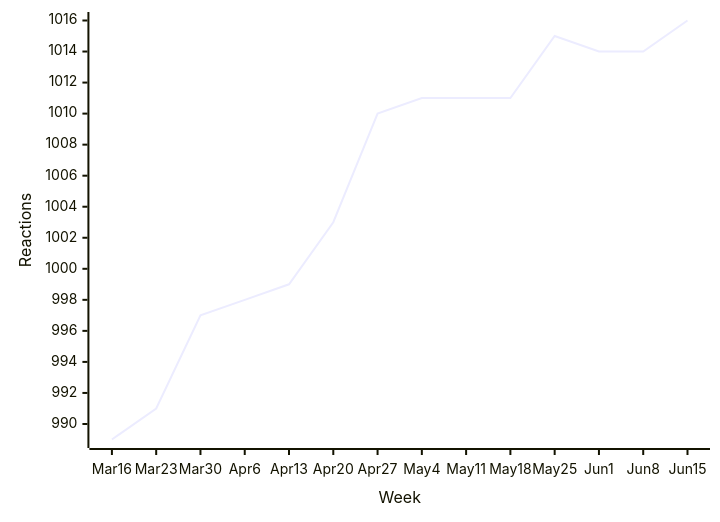
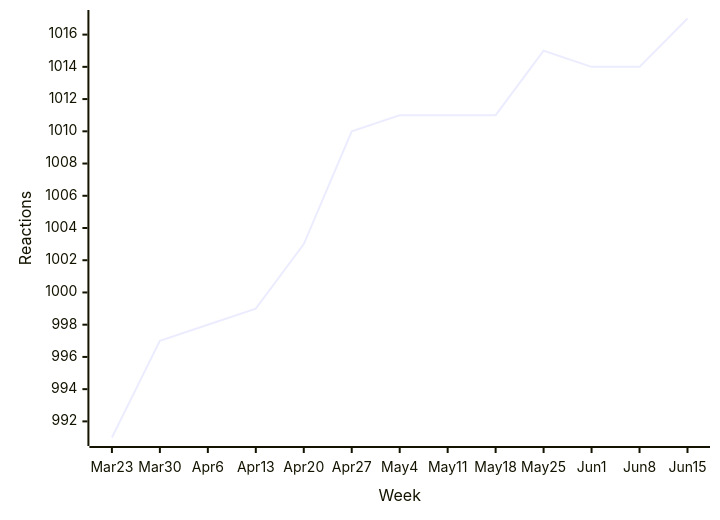
One commit to loic-sharma/github-insights changed the fourth of 49 diagrams in README.md. Above: the diagram before and after it, drawn with Mermaid. The commit also changed other lines of this file and 3 other files, not shown here.

````diff
--- a/README.md
+++ b/README.md
@@ -390,6 +390,6 @@
   ```mermaid
   xychart-beta
-    x-axis "Week" [Mar 16, Mar 23, Mar 30, Apr 6, Apr 13, Apr 20, Apr 27, May 4, May 11, May 18, May 25, Jun 1, Jun 8, Jun 15]
+    x-axis "Week" [Mar 23, Mar 30, Apr 6, Apr 13, Apr 20, Apr 27, May 4, May 11, May 18, May 25, Jun 1, Jun 8, Jun 15]
     y-axis "Reactions"
-    line [989, 991, 997, 998, 999, 1003, 1010, 1011, 1011, 1011, 1015, 1014, 1014, 1016]
+    line [991, 997, 998, 999, 1003, 1010, 1011, 1011, 1011, 1015, 1014, 1014, 1017]
   ```
````
